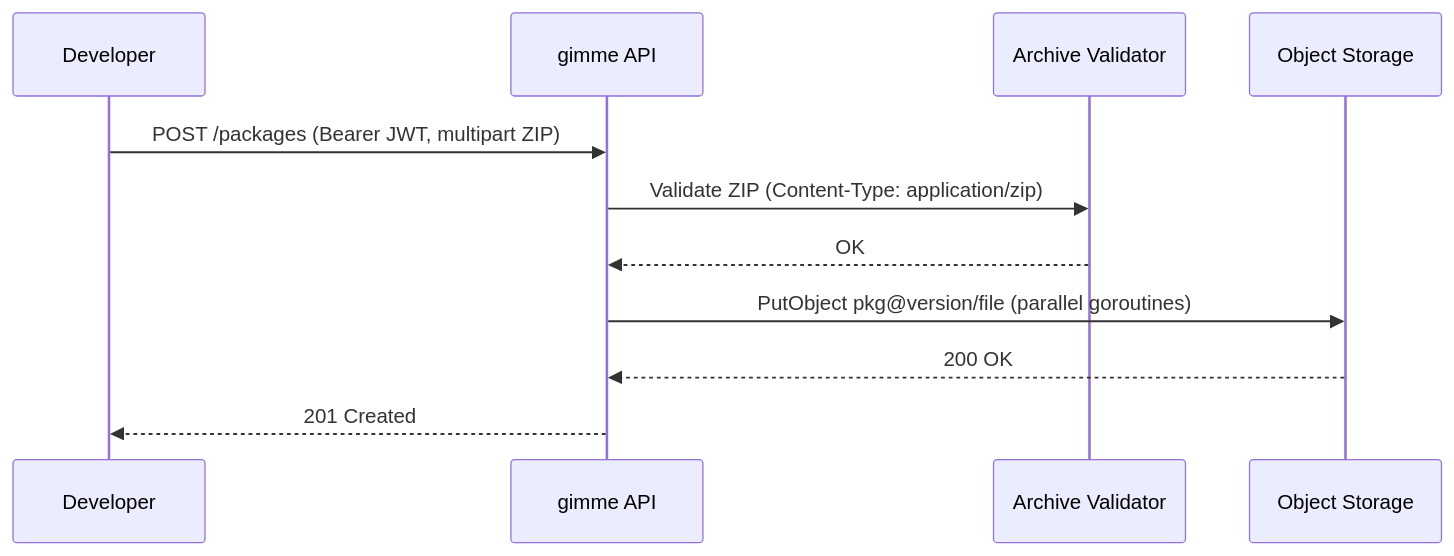
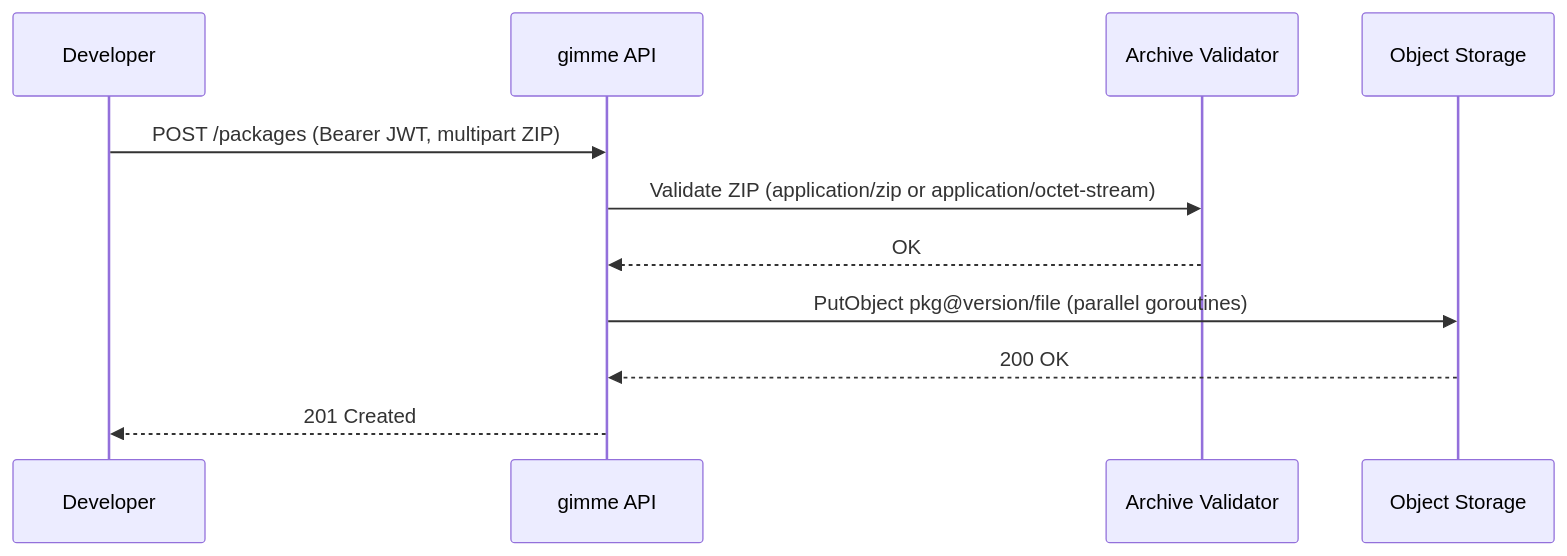
Before and after one commit to ziggornif/gimme: the second of 3 diagrams in README.md, drawn with Mermaid. The commit also changed other lines of this file and 15 other files, not shown here.

````diff
--- a/README.md
+++ b/README.md
@@ -47,14 +56,14 @@
 ```mermaid
 sequenceDiagram
     participant Dev as Developer
     participant API as gimme API
     participant Val as Archive Validator
     participant S3 as Object Storage
 
     Dev->>API: POST /packages (Bearer JWT, multipart ZIP)
-    API->>Val: Validate ZIP (Content-Type: application/zip)
+    API->>Val: Validate ZIP (application/zip or application/octet-stream)
     Val-->>API: OK
     API->>S3: PutObject pkg@version/file (parallel goroutines)
     S3-->>API: 200 OK
     API-->>Dev: 201 Created
 ```
````
